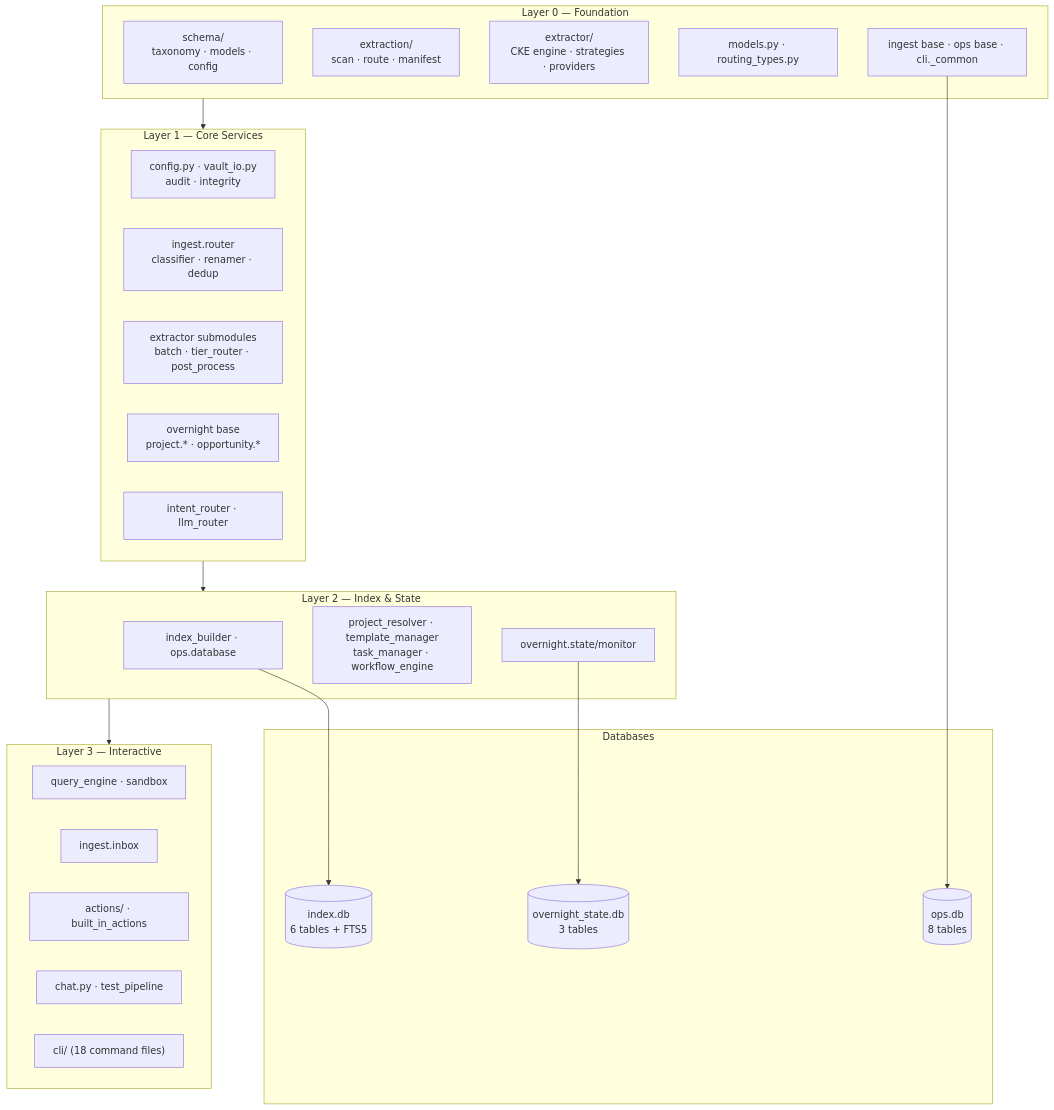
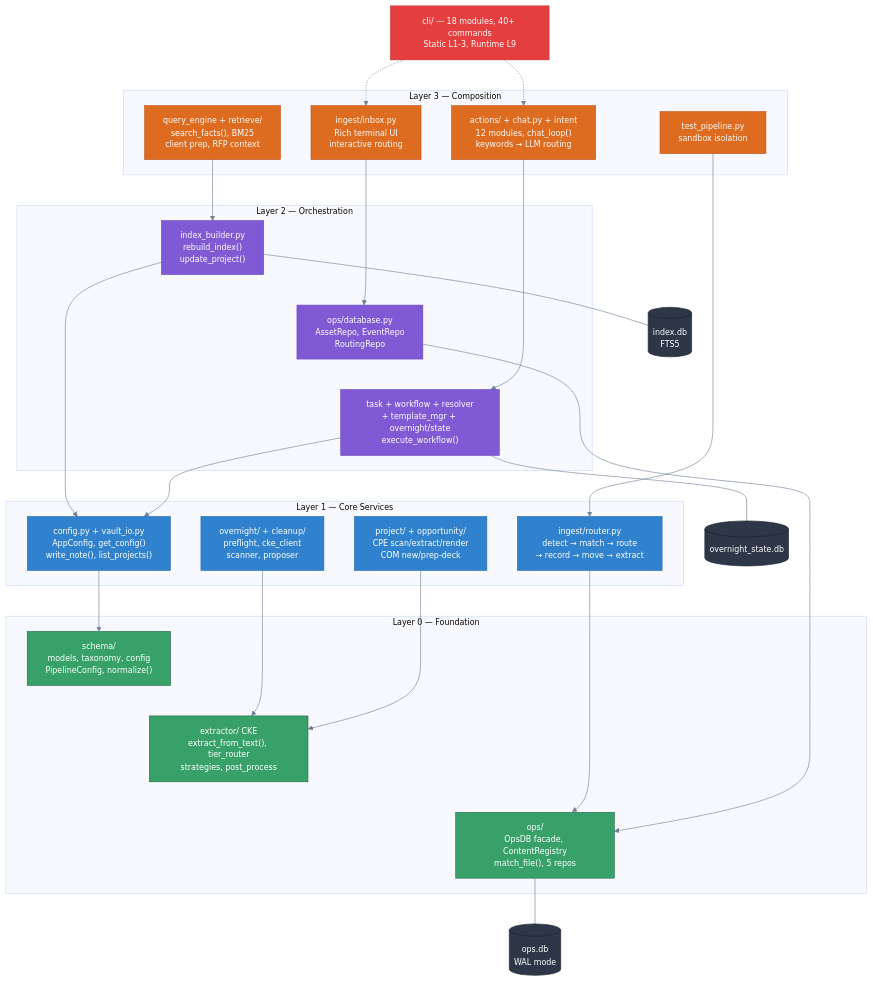
The diagram in docs/diagrams/container-module.mermaid (rdwornik/corp-monorepo), drawn with Mermaid before and after one commit.

Commit message:
docs: generate container-module.mermaid from architecture
4 layers (Foundation/Core/Orchestration/Composition), 14 nodes,
13 edges + 2 lazy CLI edges + 3 DB connections. Vertical layout
with invisible edges for column alignment. Colors per layer from
conventions.yaml.

```diff
--- a/docs/diagrams/container-module.mermaid
+++ b/docs/diagrams/container-module.mermaid
@@ -1,41 +1,87 @@
-flowchart TD
+%%{init: {
+  'theme': 'base',
+  'themeVariables': {
+    'fontSize': '13px',
+    'fontFamily': 'Segoe UI, sans-serif',
+    'lineColor': '#718096',
+    'primaryTextColor': '#2d3748'
+  }
+}}%%
+flowchart TB
     subgraph L0["Layer 0 — Foundation"]
-        schema["schema/\ntaxonomy · models · config"]
-        extraction_pkg["extraction/\nscan · route · manifest"]
-        extractor_pkg["extractor/\nCKE engine · strategies · providers"]
-        models_rt["models.py · routing_types.py"]
-        ingest_base["ingest base · ops base · cli._common"]
+        schema["schema/<br/>models, taxonomy, config<br/>PipelineConfig, normalize()"]
+        cke["extractor/ CKE<br/>extract_from_text(), tier_router<br/>strategies, post_process"]
+        ops_base["ops/<br/>OpsDB facade, ContentRegistry<br/>match_file(), 5 repos"]
     end
 
+    %% Column alignment for L0
+    schema ~~~ cke ~~~ ops_base
+
     subgraph L1["Layer 1 — Core Services"]
-        config_mod["config.py · vault_io.py\naudit · integrity"]
-        ingest_router["ingest.router\nclassifier · renamer · dedup"]
-        ext_subs["extractor submodules\nbatch · tier_router · post_process"]
-        overnight_base["overnight base\nproject.* · opportunity.*"]
-        intent_rt["intent_router · llm_router"]
+        config["config.py + vault_io.py<br/>AppConfig, get_config()<br/>write_note(), list_projects()"]
+        router["ingest/router.py<br/>detect &rarr; match &rarr; route<br/>&rarr; record &rarr; move &rarr; extract"]
+        overnight_base["overnight/ + cleanup/<br/>preflight, cke_client<br/>scanner, proposer"]
+        domain_tools["project/ + opportunity/<br/>CPE scan/extract/render<br/>COM new/prep-deck"]
     end
 
-    subgraph L2["Layer 2 — Index & State"]
-        index_b["index_builder · ops.database"]
-        proj_res["project_resolver · template_manager\ntask_manager · workflow_engine"]
-        overnight_sm["overnight.state/monitor"]
+    subgraph L2["Layer 2 — Orchestration"]
+        index["index_builder.py<br/>rebuild_index()<br/>update_project()"]
+        ops_db["ops/database.py<br/>AssetRepo, EventRepo<br/>RoutingRepo"]
+        state_mgmt["task + workflow + resolver<br/>+ template_mgr + overnight/state<br/>execute_workflow()"]
     end
 
-    subgraph L3["Layer 3 — Interactive"]
-        query_e["query_engine · sandbox"]
-        inbox["ingest.inbox"]
-        actions_pkg["actions/ · built_in_actions"]
-        chat_mod["chat.py · test_pipeline"]
-        cli_all["cli/ (18 command files)"]
+    %% Column alignment for L2
+    index ~~~ ops_db ~~~ state_mgmt
+
+    subgraph L3["Layer 3 — Composition"]
+        query_retrieve["query_engine + retrieve/<br/>search_facts(), BM25<br/>client prep, RFP context"]
+        inbox["ingest/inbox.py<br/>Rich terminal UI<br/>interactive routing"]
+        actions_chat["actions/ + chat.py + intent<br/>12 modules, chat_loop()<br/>keywords &rarr; LLM routing"]
+        test_pipe["test_pipeline.py<br/>sandbox isolation"]
     end
 
-    subgraph DBs["Databases"]
-        opsdb[("ops.db\n8 tables")]
-        indexdb[("index.db\n6 tables + FTS5")]
-        overnightdb[("overnight_state.db\n3 tables")]
-    end
+    cli["cli/ — 18 modules, 40+ commands<br/>Static L1-3, Runtime L9"]
 
-    L0 --> L1 --> L2 --> L3
-    index_b --> indexdb
-    ingest_base --> opsdb
-    overnight_sm --> overnightdb
+    opsDB[("ops.db<br/>WAL mode")]
+    indexDB[("index.db<br/>FTS5")]
+    stateDB[("overnight_state.db")]
+
+    %% L1 → L0
+    config --> schema
+    router --> ops_base
+    overnight_base --> cke
+    domain_tools --> cke
+
+    %% L2 → L1
+    index --> config
+    ops_db --> ops_base
+    state_mgmt --> config
+
+    %% L3 → L2
+    query_retrieve --> index
+    inbox --> ops_db
+    actions_chat --> state_mgmt
+    test_pipe --> router
+
+    %% CLI → L3 (lazy)
+    cli -.-> inbox
+    cli -.-> actions_chat
+
+    %% DB connections
+    ops_base --- opsDB
+    index --- indexDB
+    state_mgmt --- stateDB
+
+    classDef layer0 fill:#38a169,stroke:#276749,color:#fff
+    classDef layer1 fill:#3182ce,stroke:#2b6cb0,color:#fff
+    classDef layer2 fill:#805ad5,stroke:#6b46c1,color:#fff
+    classDef layer3 fill:#dd6b20,stroke:#c05621,color:#fff
+    classDef cliStyle fill:#e53e3e,stroke:#c53030,color:#fff
+    classDef db fill:#2d3748,stroke:#1a202c,color:#fff
+
+    class schema,cke,ops_base layer0
+    class config,router,overnight_base,domain_tools layer1
+    class index,ops_db,state_mgmt layer2
+    class query_retrieve,inbox,actions_chat,test_pipe layer3
+    class cli cliStyle
+    class opsDB,indexDB,stateDB db
```
